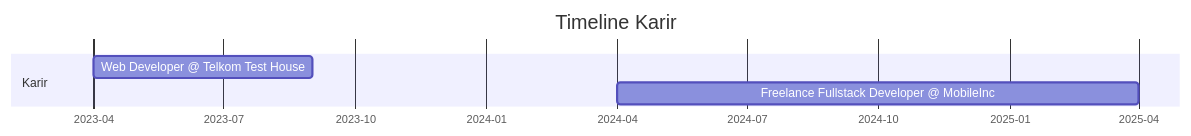
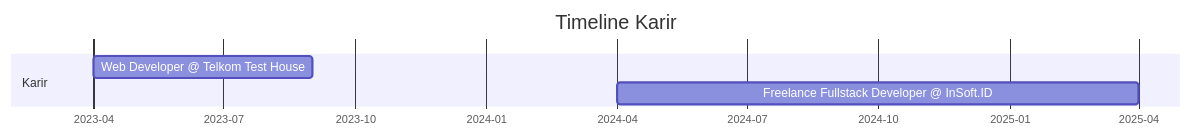
Before and after one commit to fadhluibnu/fadhluibnu: the diagram in README.md, drawn with Mermaid.

````diff
--- a/README.md
+++ b/README.md
@@ -288,10 +288,10 @@
 ```mermaid
 gantt
     title Timeline Karir
     dateFormat  YYYY-MM
     axisFormat %Y-%m
     
     section Karir
     Web Developer @ Telkom Test House                  :2023-04, 2023-09
-    Freelance Fullstack Developer @ MobileInc          :2024-04, 2025-04
+    Freelance Fullstack Developer @ InSoft.ID          :2024-04, 2025-04
 ```
````
